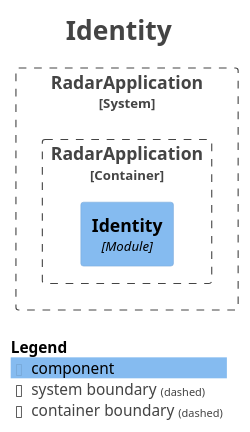
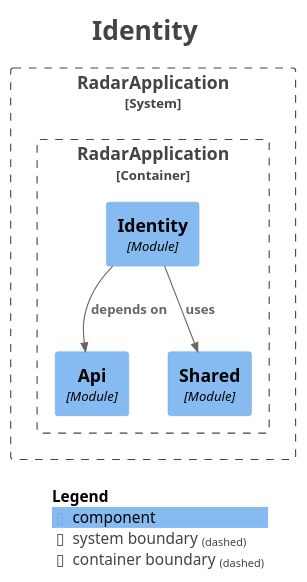
Before and after one commit to MiguelSanzBr/radar-licitacoes: the diagram in docs/modules/module-identity.puml, drawn with PlantUML. The commit also changed 75 other files, not shown here.

Commit message:
feat(identity): api keys and redis rate limit

```diff
--- a/docs/modules/module-identity.puml
+++ b/docs/modules/module-identity.puml
@@ -1,27 +1,32 @@
 @startuml
 title <size:24>Identity</size>
 
 set separator none
 top to bottom direction
 
 <style>
   root {
     BackgroundColor: #ffffff
     FontColor: #444444
   }
 </style>
 
 !include <C4/C4>
 !include <C4/C4_Context>
 !include <C4/C4_Component>
 
 System_Boundary("RadarApplication_boundary", "RadarApplication", $tags="") {
   Container_Boundary("RadarApplication.RadarApplication_boundary", "RadarApplication", $tags="") {
+    Component(RadarApplication.RadarApplication.Api, "Api", $techn="Module", $descr="", $tags="", $link="")
+    Component(RadarApplication.RadarApplication.Shared, "Shared", $techn="Module", $descr="", $tags="", $link="")
     Component(RadarApplication.RadarApplication.Identity, "Identity", $techn="Module", $descr="", $tags="", $link="")
   }
 
 }
 
+Rel(RadarApplication.RadarApplication.Identity, RadarApplication.RadarApplication.Api, "depends on", $techn="", $tags="", $link="")
+Rel(RadarApplication.RadarApplication.Identity, RadarApplication.RadarApplication.Shared, "uses", $techn="", $tags="", $link="")
+
 SHOW_LEGEND(true)
 hide stereotypes
 @enduml
```
